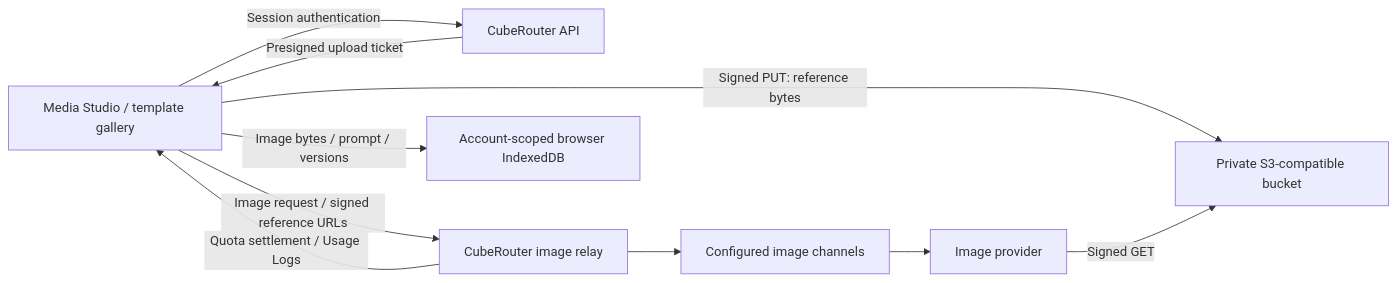
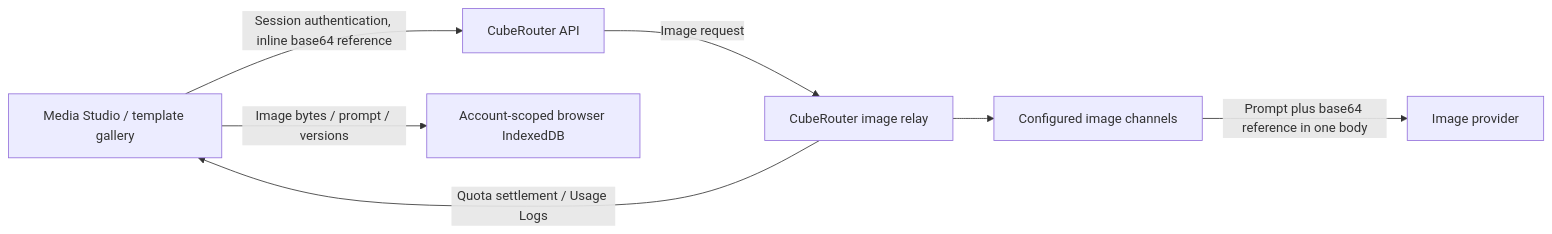
Before and after one commit to suanova/cuberouter: the diagram in docs/media-studio-integration.md, drawn with Mermaid. The commit also changed other lines of this file and 28 other files, not shown here.

````diff
--- a/docs/media-studio-integration.md
+++ b/docs/media-studio-integration.md
@@ -7,12 +7,9 @@
 ```mermaid
 flowchart LR
-    Browser[Media Studio / template gallery] -->|Session authentication| API[CubeRouter API]
-    API -->|Presigned upload ticket| Browser
-    Browser -->|Signed PUT: reference bytes| Storage[Private S3-compatible bucket]
-    Browser -->|Image request / signed reference URLs| Relay[CubeRouter image relay]
+    Browser[Media Studio / template gallery] -->|Session authentication, inline base64 reference| API[CubeRouter API]
+    API -->|Image request| Relay[CubeRouter image relay]
     Relay --> Channels[Configured image channels]
-    Channels --> Provider[Image provider]
-    Provider -->|Signed GET| Storage
+    Channels -->|Prompt plus base64 reference in one body| Provider[Image provider]
     Relay -->|Quota settlement / Usage Logs| Browser
     Browser -->|Image bytes / prompt / versions| Local[Account-scoped browser IndexedDB]
 ```
````
